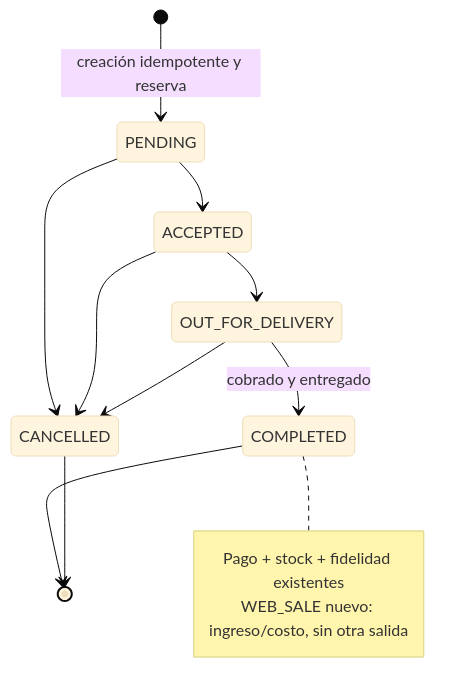
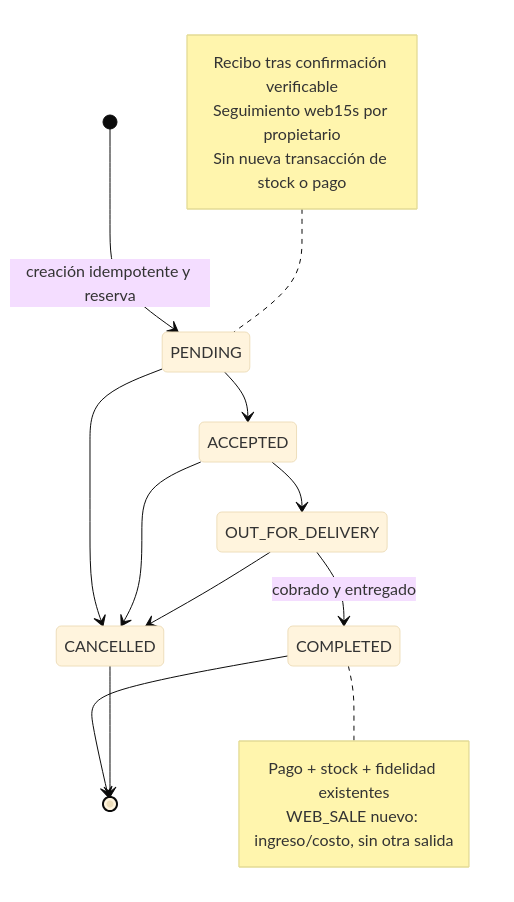
The diagram in docs/knowledge/diagrams/02-orders.mmd (NotKingbryanPY/donas-racha), drawn with Mermaid (base theme) before and after one commit. The commit also changed 59 other files, not shown here.

```diff
--- a/docs/knowledge/diagrams/02-orders.mmd
+++ b/docs/knowledge/diagrams/02-orders.mmd
@@ -1,14 +1,19 @@
 stateDiagram-v2
   [*] --> PENDING: creación idempotente y reserva
   PENDING --> ACCEPTED
   PENDING --> CANCELLED
   ACCEPTED --> OUT_FOR_DELIVERY
   ACCEPTED --> CANCELLED
   OUT_FOR_DELIVERY --> COMPLETED: cobrado y entregado
   OUT_FOR_DELIVERY --> CANCELLED
   COMPLETED --> [*]
   CANCELLED --> [*]
+  note left of PENDING
+    Recibo tras confirmación verificable
+    Seguimiento web15s por propietario
+    Sin nueva transacción de stock o pago
+  end note
   note right of COMPLETED
     Pago + stock + fidelidad existentes
     WEB_SALE nuevo: ingreso/costo, sin otra salida
   end note
```
